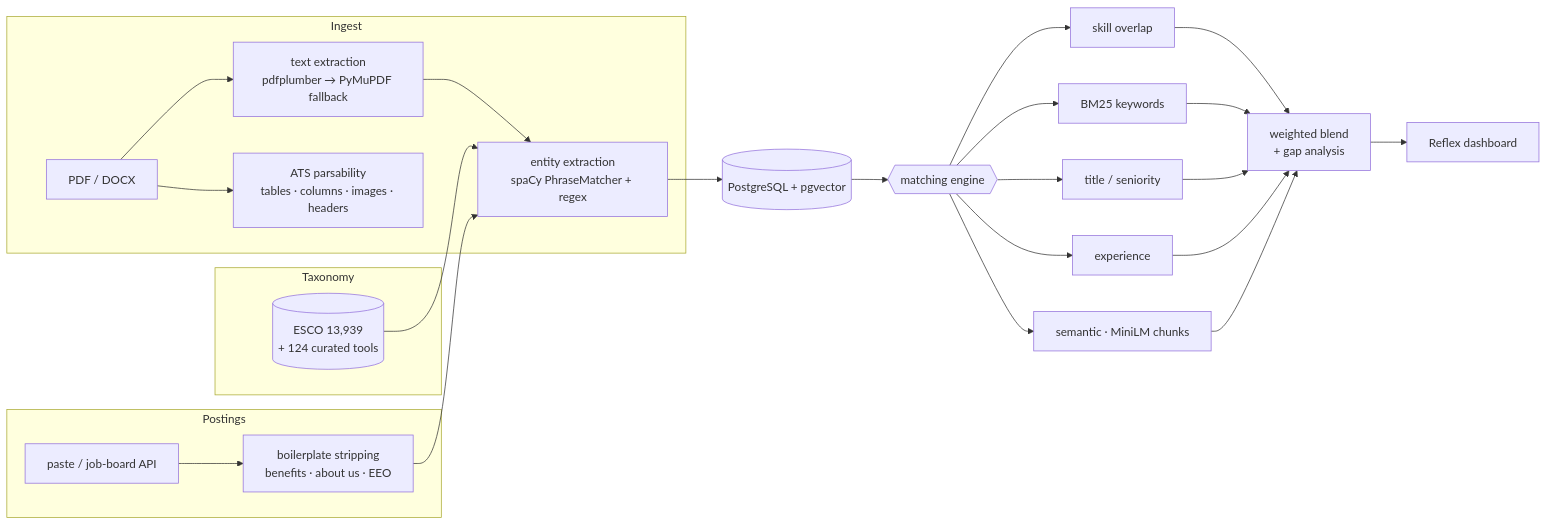
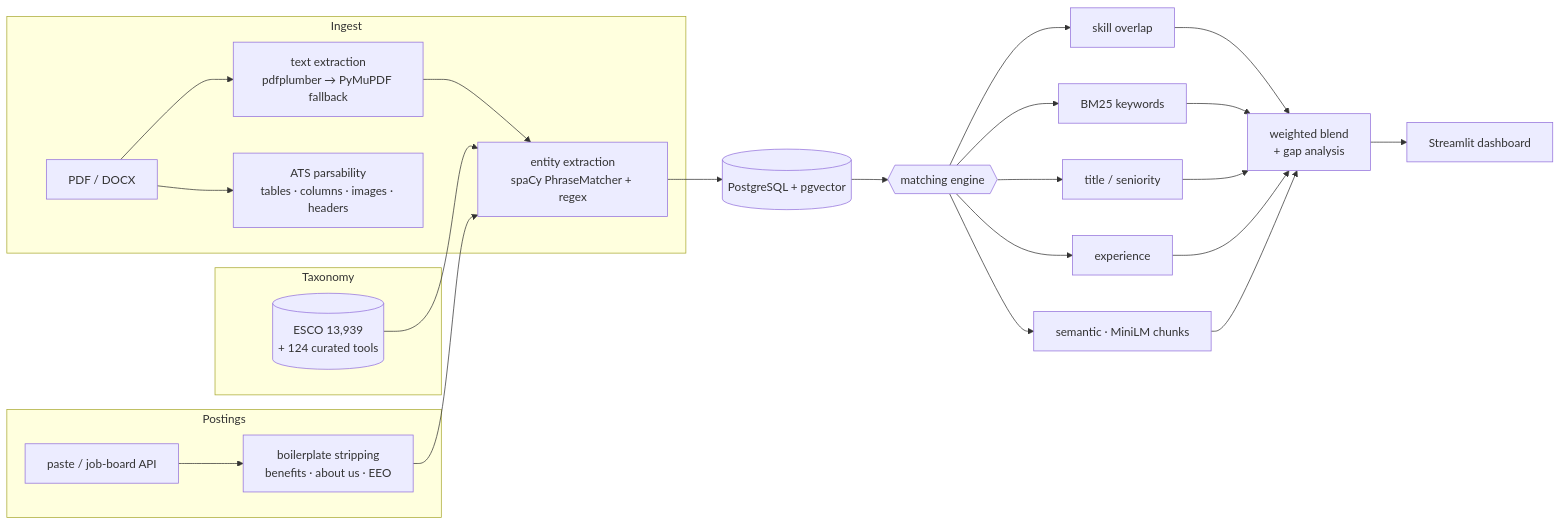
Before and after one commit to Nihira11/resume-matching-engine: the diagram in README.md, drawn with Mermaid. The commit also changed other lines of this file and 11 other files, not shown here.

````diff
--- a/README.md
+++ b/README.md
@@ -66,27 +46,27 @@
 ```mermaid
 flowchart LR
     subgraph Ingest
         A[PDF / DOCX] --> B[text extraction<br/>pdfplumber → PyMuPDF fallback]
         A --> C[ATS parsability<br/>tables · columns · images · headers]
         B --> D[entity extraction<br/>spaCy PhraseMatcher + regex]
     end
 
     subgraph Taxonomy
         T[(ESCO 13,939<br/>+ 124 curated tools)] --> D
     end
 
     subgraph Postings
         P[paste / job-board API] --> Q[boilerplate stripping<br/>benefits · about us · EEO]
         Q --> D
     end
 
     D --> E[(PostgreSQL + pgvector)]
     E --> F{{matching engine}}
     F --> G[skill overlap]
     F --> H[BM25 keywords]
     F --> I[title / seniority]
     F --> J[experience]
     F --> K[semantic · MiniLM chunks]
     G & H & I & J & K --> L[weighted blend<br/>+ gap analysis]
-    L --> M[Reflex dashboard]
+    L --> M[Streamlit dashboard]
 ```
````
